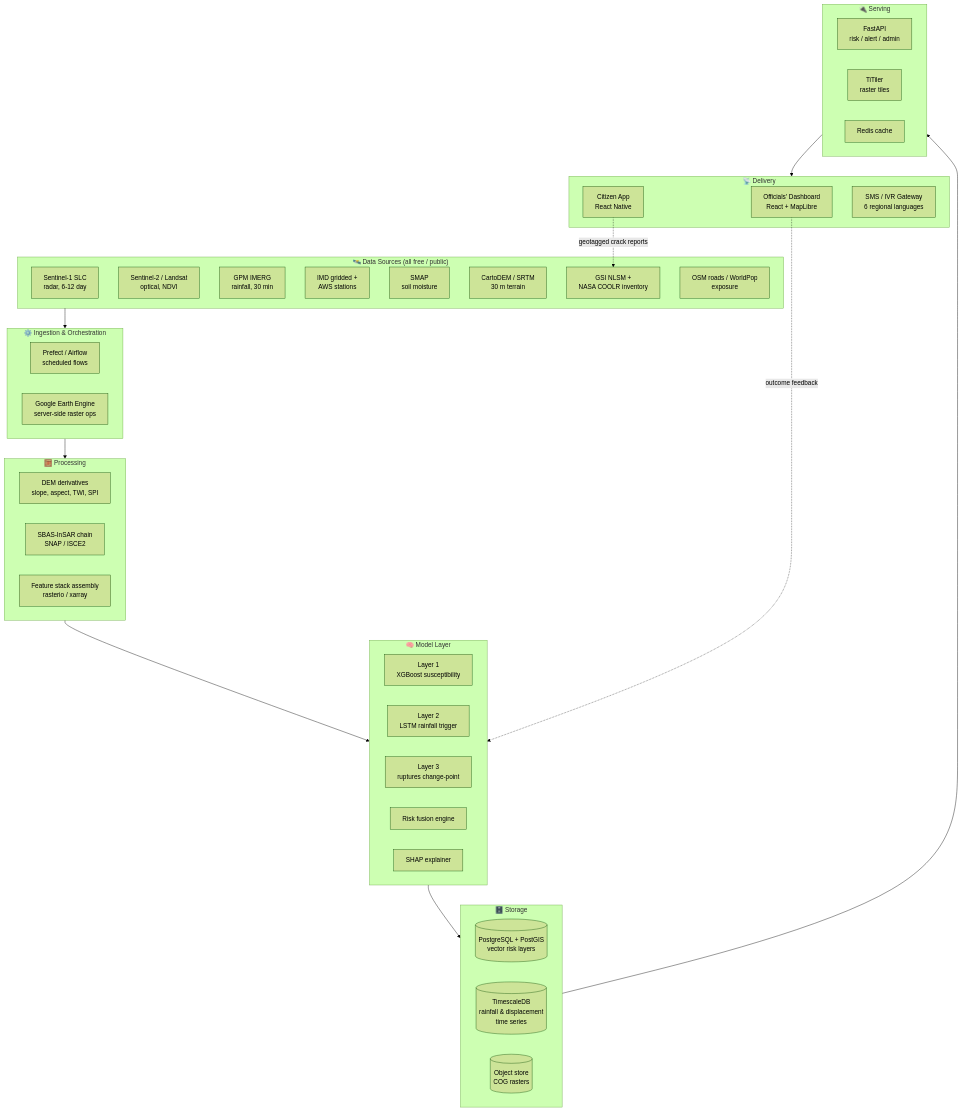
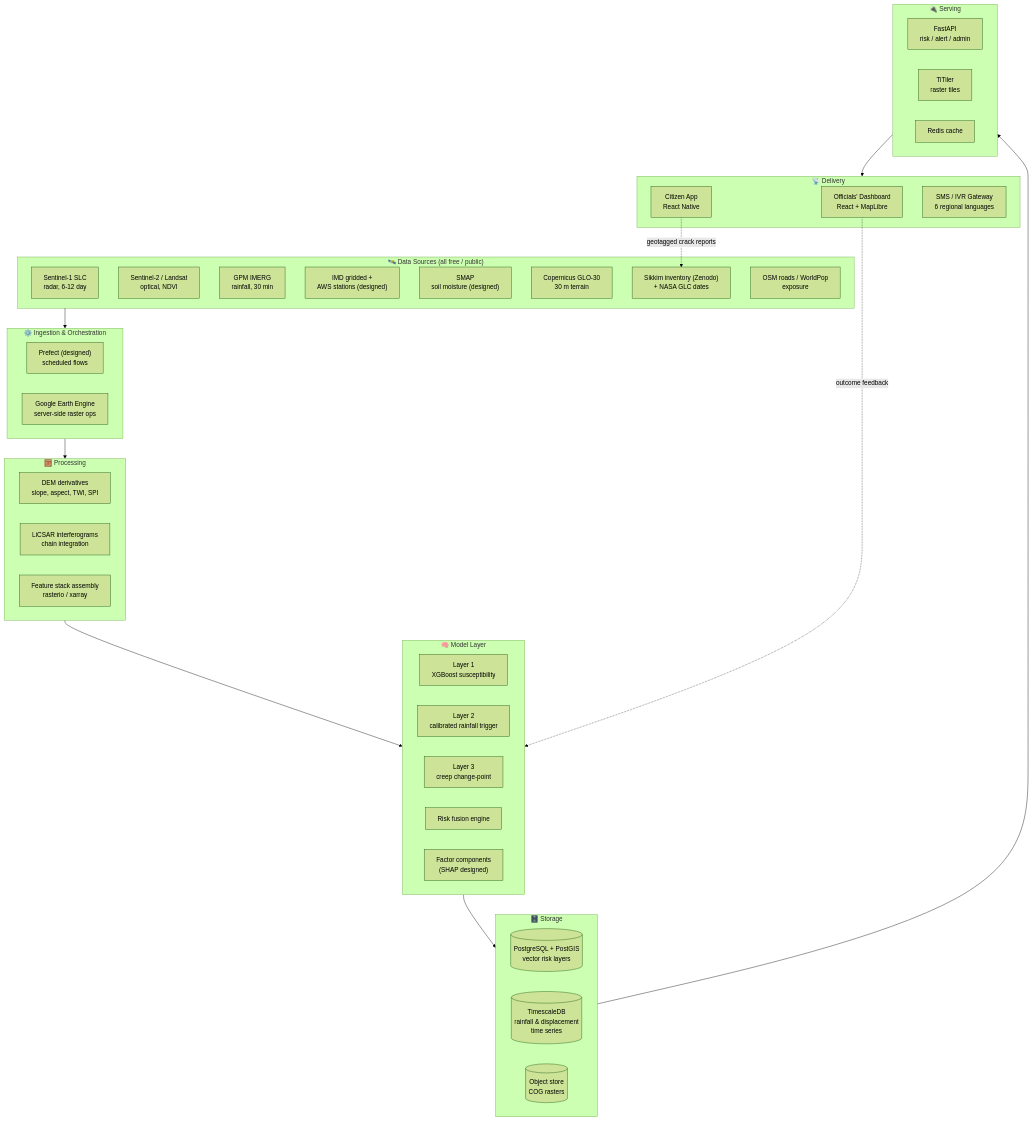
One commit to ankita1477/landslide-early-warning-ner changed the second of 6 diagrams in README.md. Above: the diagram before and after it, drawn with Mermaid (forest theme). The commit also changed other lines of this file, not shown here.

````diff
--- a/README.md
+++ b/README.md
@@ -244,54 +266,54 @@
 ```mermaid
 flowchart TB
     subgraph SRC["🛰️  Data Sources (all free / public)"]
         S1["Sentinel-1 SLC<br/>radar, 6-12 day"]
         S2["Sentinel-2 / Landsat<br/>optical, NDVI"]
         GPM["GPM IMERG<br/>rainfall, 30 min"]
-        IMD["IMD gridded +<br/>AWS stations"]
-        SMAP["SMAP<br/>soil moisture"]
-        DEM["CartoDEM / SRTM<br/>30 m terrain"]
-        INV["GSI NLSM +<br/>NASA COOLR inventory"]
+        IMD["IMD gridded +<br/>AWS stations (designed)"]
+        SMAP["SMAP<br/>soil moisture (designed)"]
+        DEM["Copernicus GLO-30<br/>30 m terrain"]
+        INV["Sikkim inventory (Zenodo)<br/>+ NASA GLC dates"]
         OSM["OSM roads / WorldPop<br/>exposure"]
     end
 
     subgraph ING["⚙️  Ingestion & Orchestration"]
-        PF["Prefect / Airflow<br/>scheduled flows"]
+        PF["Prefect (designed)<br/>scheduled flows"]
         GEE["Google Earth Engine<br/>server-side raster ops"]
     end
 
     subgraph PROC["🧮  Processing"]
         DER["DEM derivatives<br/>slope, aspect, TWI, SPI"]
-        INSAR["SBAS-InSAR chain<br/>SNAP / ISCE2"]
+        INSAR["LiCSAR interferograms<br/>chain integration"]
         STACK["Feature stack assembly<br/>rasterio / xarray"]
     end
 
     subgraph MOD["🧠  Model Layer"]
         L1["Layer 1<br/>XGBoost susceptibility"]
-        L2["Layer 2<br/>LSTM rainfall trigger"]
-        L3["Layer 3<br/>ruptures change-point"]
+        L2["Layer 2<br/>calibrated rainfall trigger"]
+        L3["Layer 3<br/>creep change-point"]
         FUSE["Risk fusion engine"]
-        SHAP["SHAP explainer"]
+        SHAP["Factor components<br/>(SHAP designed)"]
     end
 
     subgraph STORE["🗄️  Storage"]
         PG[("PostgreSQL + PostGIS<br/>vector risk layers")]
         TS[("TimescaleDB<br/>rainfall & displacement<br/>time series")]
         OBJ[("Object store<br/>COG rasters")]
     end
 
     subgraph API["🔌  Serving"]
         FAST["FastAPI<br/>risk / alert / admin"]
         TILE["TiTiler<br/>raster tiles"]
         REDIS["Redis cache"]
     end
 
     subgraph UI["📡  Delivery"]
         DASH["Officials' Dashboard<br/>React + MapLibre"]
         APP["Citizen App<br/>React Native"]
         SMS["SMS / IVR Gateway<br/>6 regional languages"]
     end
 
     SRC --> ING --> PROC --> MOD --> STORE --> API --> UI
     APP -.->|"geotagged crack reports"| INV
     DASH -.->|"outcome feedback"| MOD
 ```
````
